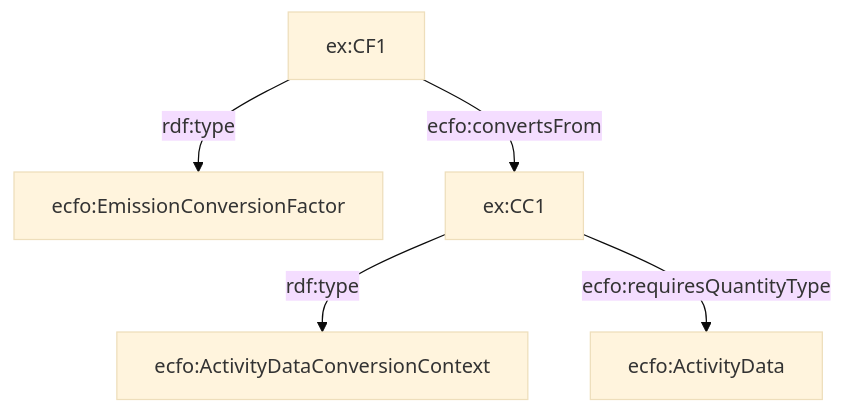
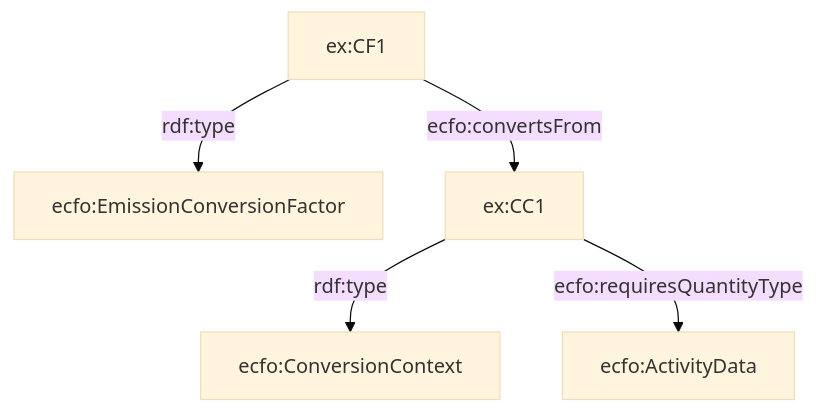
Before and after one commit to TEC-Toolkit/ECFO: the sixth of 10 diagrams in development/doc.md, drawn with Mermaid (base theme). The commit also changed other lines of this file, not shown here.

````diff
--- a/development/doc.md
+++ b/development/doc.md
@@ -84,13 +97,13 @@
 ```mermaid
 graph TD
     CF[ecfo:EmissionConversionFactor]
-    CE[ecfo:ActivityDataConversionContext]
-    AD[ecfo:ActivityData]
+    CE[ecfo:ConversionContext]
+    EX[ecfo:ActivityData]
     EX1[ex:CF1]
     EX2[ex:CC1]
 
-    EX1 -- "rdf:type" --> CF
-    EX2 -- "rdf:type" --> CE
+ EX1 -- "rdf:type" --> CF
+  EX2 -- "rdf:type" --> CE
     EX1 -- "ecfo:convertsFrom" --> EX2
-    EX2 -- "ecfo:requiresQuantityType" -->  AD
+    EX2 -- "ecfo:requiresQuantityType" -->  EX
 ```
````
